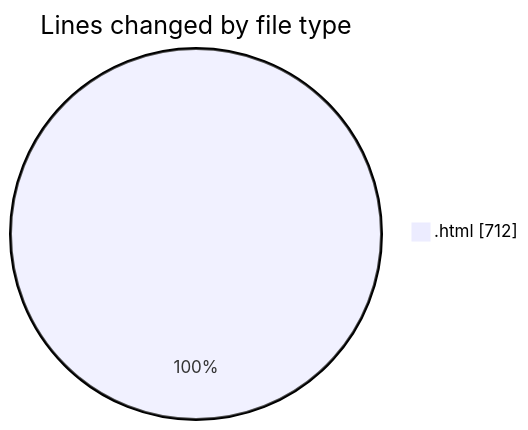
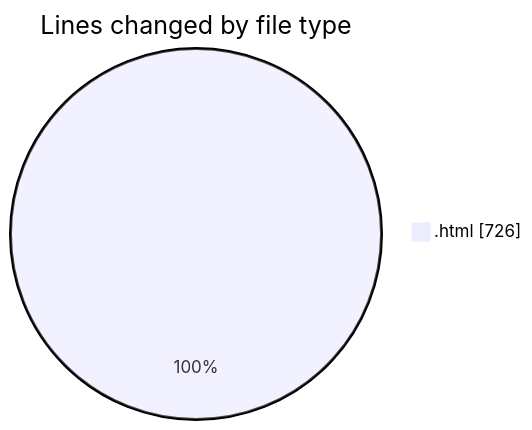
The first of 2 diagrams in 2026-07-16/panel/README.md (shibass792/code-tracking), drawn with Mermaid before and after one commit. The commit also changed other lines of this file and 1 other file, not shown here.

````diff
--- a/2026-07-16/panel/README.md
+++ b/2026-07-16/panel/README.md
@@ -20,5 +20,5 @@
 ```mermaid
 pie showData
 title Lines changed by file type
-".html" : 712
+".html" : 726
 ```
````
